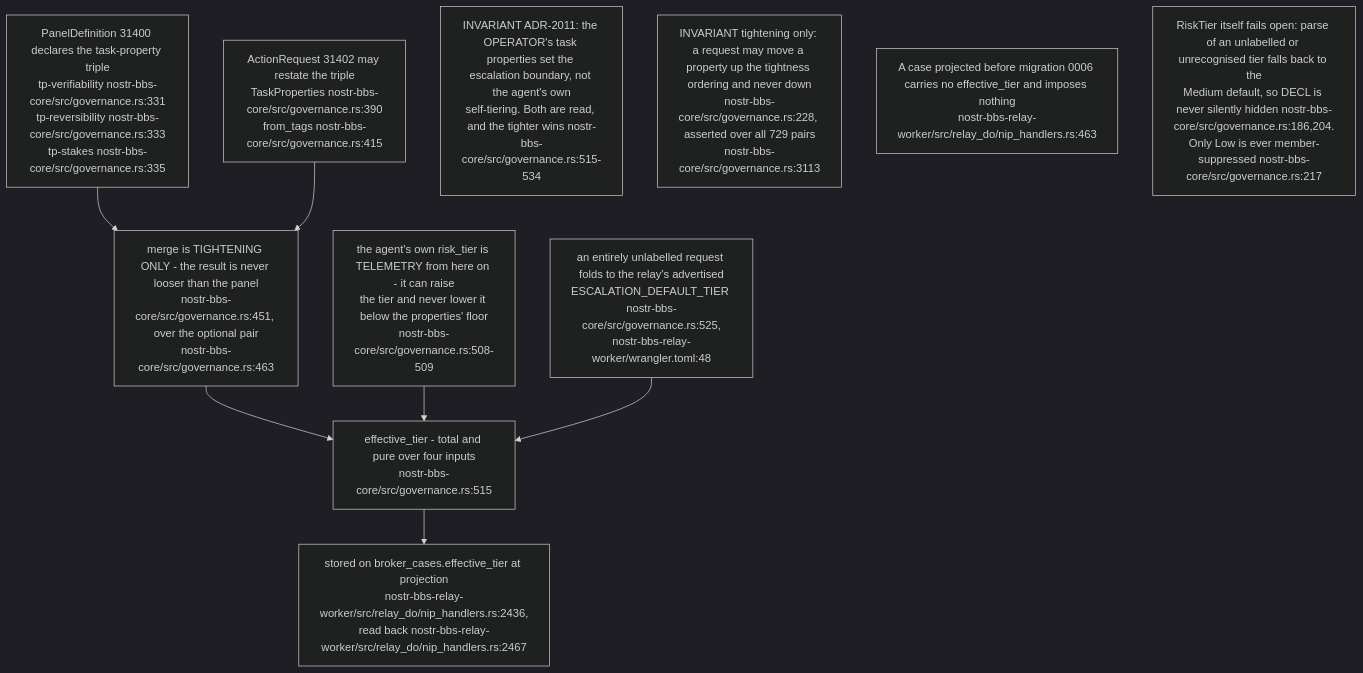
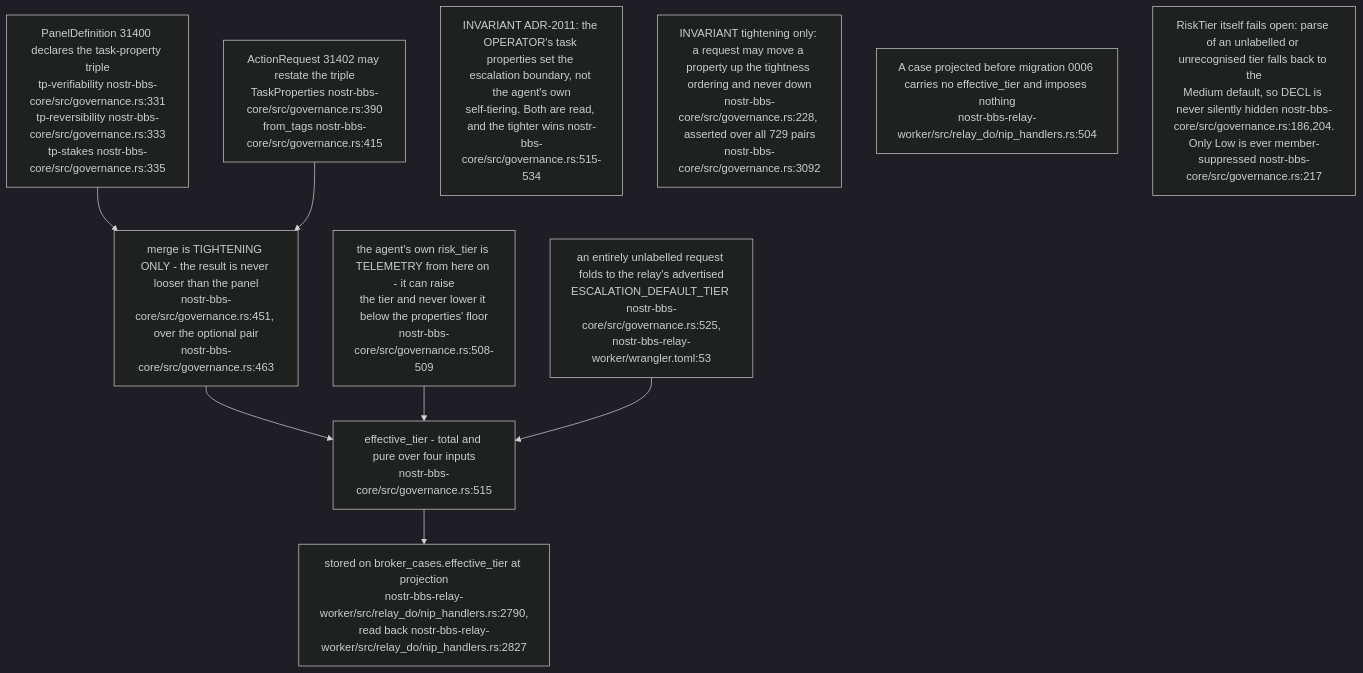
The tenth of 17 diagrams in docs/diagrams/nostr-rust-forum/06-agent-control-surface-31400-31405.md (DreamLab-AI/VisionFlow), drawn with Mermaid (dark theme) before and after one commit. The commit also changed other lines of this file and 160 other files, not shown here.

````diff
--- a/docs/diagrams/nostr-rust-forum/06-agent-control-surface-31400-31405.md
+++ b/docs/diagrams/nostr-rust-forum/06-agent-control-surface-31400-31405.md
@@ -286,22 +301,22 @@
 ```mermaid
 flowchart TB
     PANEL["PanelDefinition 31400 declares the task-property triple<br/>tp-verifiability nostr-bbs-core/src/governance.rs:331<br/>tp-reversibility nostr-bbs-core/src/governance.rs:333<br/>tp-stakes nostr-bbs-core/src/governance.rs:335"]
     REQUEST["ActionRequest 31402 may restate the triple<br/>TaskProperties nostr-bbs-core/src/governance.rs:390<br/>from_tags nostr-bbs-core/src/governance.rs:415"]
     MERGE["merge is TIGHTENING ONLY - the result is never looser than the panel<br/>nostr-bbs-core/src/governance.rs:451, over the optional pair<br/>nostr-bbs-core/src/governance.rs:463"]
     TIER["effective_tier - total and pure over four inputs<br/>nostr-bbs-core/src/governance.rs:515"]
     DECL["the agent's own risk_tier is TELEMETRY from here on - it can raise<br/>the tier and never lower it below the properties' floor<br/>nostr-bbs-core/src/governance.rs:508-509"]
-    DEF["an entirely unlabelled request folds to the relay's advertised<br/>ESCALATION_DEFAULT_TIER nostr-bbs-core/src/governance.rs:525,<br/>nostr-bbs-relay-worker/wrangler.toml:48"]
-    STORE["stored on broker_cases.effective_tier at projection<br/>nostr-bbs-relay-worker/src/relay_do/nip_handlers.rs:2436,<br/>read back nostr-bbs-relay-worker/src/relay_do/nip_handlers.rs:2467"]
+    DEF["an entirely unlabelled request folds to the relay's advertised<br/>ESCALATION_DEFAULT_TIER nostr-bbs-core/src/governance.rs:525,<br/>nostr-bbs-relay-worker/wrangler.toml:53"]
+    STORE["stored on broker_cases.effective_tier at projection<br/>nostr-bbs-relay-worker/src/relay_do/nip_handlers.rs:2790,<br/>read back nostr-bbs-relay-worker/src/relay_do/nip_handlers.rs:2827"]
 
     PANEL --> MERGE
     REQUEST --> MERGE
     MERGE --> TIER
     DECL --> TIER
     DEF --> TIER
     TIER --> STORE
 
     N1["INVARIANT ADR-2011: the OPERATOR's task properties set the escalation boundary, not the agent's own<br/>self-tiering. Both are read, and the tighter wins nostr-bbs-core/src/governance.rs:515-534"]
-    N2["INVARIANT tightening only: a request may move a property up the tightness ordering and never down<br/>nostr-bbs-core/src/governance.rs:228, asserted over all 729 pairs<br/>nostr-bbs-core/src/governance.rs:3113"]
-    N3["A case projected before migration 0006 carries no effective_tier and imposes nothing<br/>nostr-bbs-relay-worker/src/relay_do/nip_handlers.rs:463"]
+    N2["INVARIANT tightening only: a request may move a property up the tightness ordering and never down<br/>nostr-bbs-core/src/governance.rs:228, asserted over all 729 pairs<br/>nostr-bbs-core/src/governance.rs:3092"]
+    N3["A case projected before migration 0006 carries no effective_tier and imposes nothing<br/>nostr-bbs-relay-worker/src/relay_do/nip_handlers.rs:504"]
     N4["RiskTier itself fails open: parse of an unlabelled or unrecognised tier falls back to the<br/>Medium default, so DECL is never silently hidden nostr-bbs-core/src/governance.rs:186,204.<br/>Only Low is ever member-suppressed nostr-bbs-core/src/governance.rs:217"]
 ```
````
